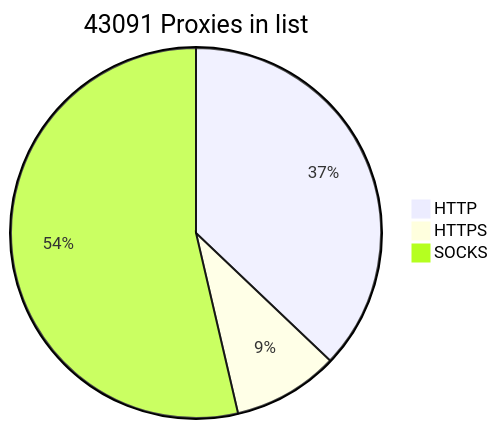
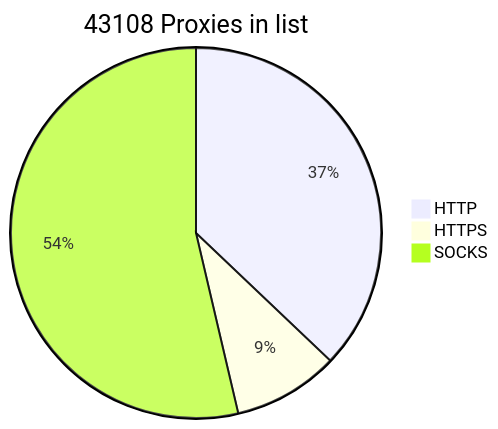
The diagram in README.md (BlackSnowDot/proxylist-update-every-minute), drawn with Mermaid before and after one commit.

````diff
--- a/README.md
+++ b/README.md
@@ -2,6 +2,6 @@
 ```mermaid
-pie title 43091 Proxies in list
-    "HTTP" : 17397
+pie title 43108 Proxies in list
+    "HTTP" : 17398
     "HTTPS": 4336
-    "SOCKS" : 25154
+    "SOCKS" : 25170
 ```
````
